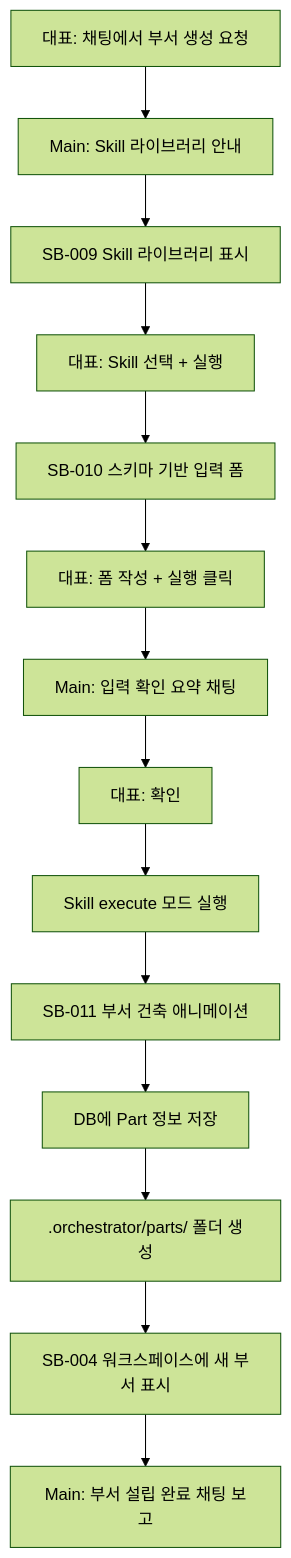
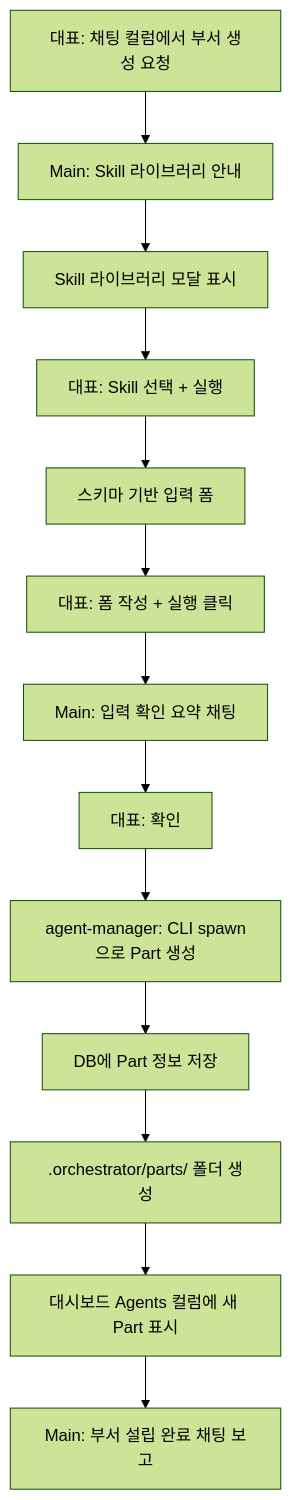
One commit to Jeonyunjae/ClaudeManager changed the fifth of 15 diagrams in 03_design/🔀 user-flow.md. Above: the diagram before and after it, drawn with Mermaid (forest theme). The commit also changed other lines of this file and 221 other files, not shown here.

````diff
--- a/03_design/🔀 user-flow.md
+++ b/03_design/🔀 user-flow.md
@@ -75,16 +95,15 @@
 ```mermaid
 flowchart TD
-    A[대표: 채팅에서 부서 생성 요청] --> B[Main: Skill 라이브러리 안내]
-    B --> C[SB-009 Skill 라이브러리 표시]
+    A[대표: 채팅 컬럼에서 부서 생성 요청] --> B[Main: Skill 라이브러리 안내]
+    B --> C[Skill 라이브러리 모달 표시]
     C --> D[대표: Skill 선택 + 실행]
-    D --> E[SB-010 스키마 기반 입력 폼]
+    D --> E[스키마 기반 입력 폼]
     E --> F[대표: 폼 작성 + 실행 클릭]
     F --> G[Main: 입력 확인 요약 채팅]
     G --> H[대표: 확인]
-    H --> I[Skill execute 모드 실행]
-    I --> J[SB-011 부서 건축 애니메이션]
-    J --> K[DB에 Part 정보 저장]
-    K --> L[.orchestrator/parts/ 폴더 생성]
-    L --> M[SB-004 워크스페이스에 새 부서 표시]
-    M --> N[Main: 부서 설립 완료 채팅 보고]
+    H --> I[agent-manager: CLI spawn으로 Part 생성]
+    I --> J[DB에 Part 정보 저장]
+    J --> K[.orchestrator/parts/ 폴더 생성]
+    K --> L[대시보드 Agents 컬럼에 새 Part 표시]
+    L --> M[Main: 부서 설립 완료 채팅 보고]
 ```
````
